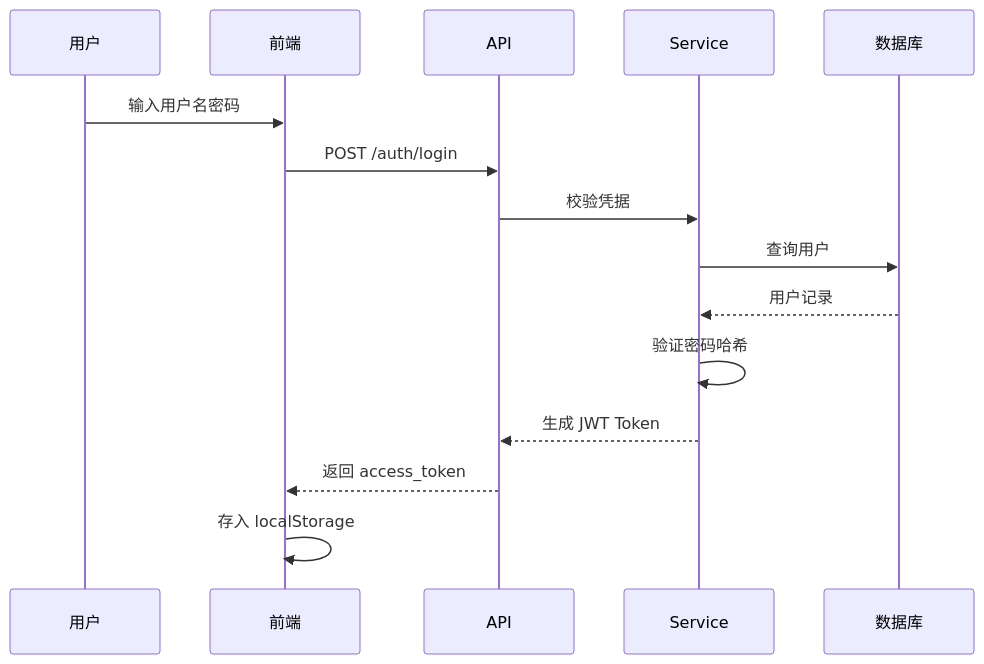
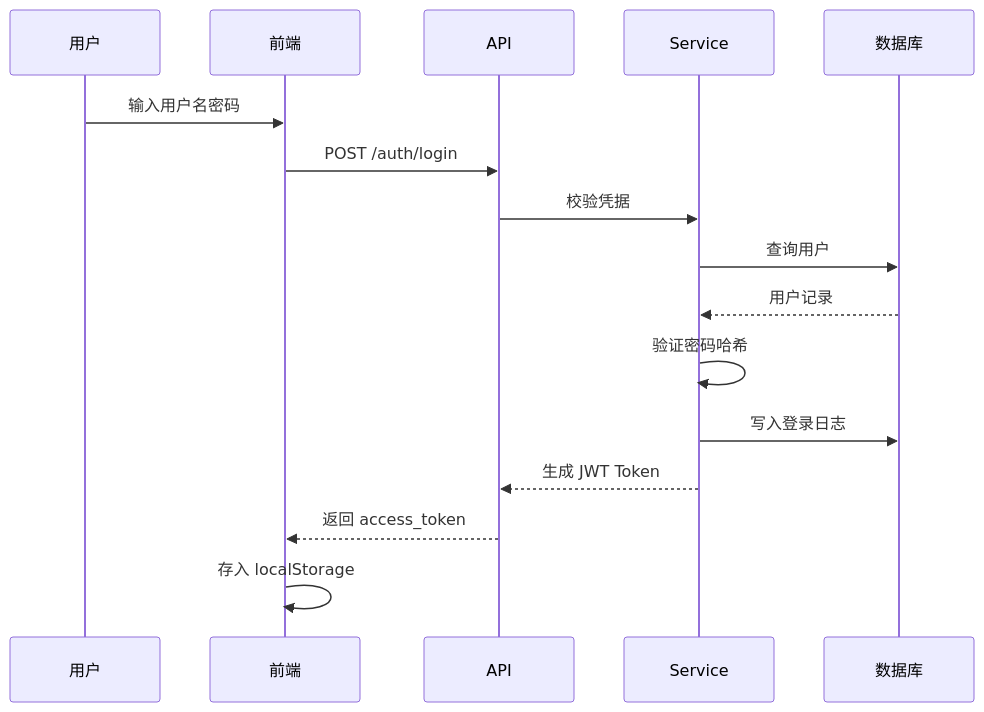
One commit to cross-lang/x-HanJiang changed the second of 3 diagrams in README.md. Above: the diagram before and after it, drawn with Mermaid. The commit also changed other lines of this file and 5 other files, not shown here.

````diff
--- a/README.md
+++ b/README.md
@@ -102,18 +106,19 @@
 ```mermaid
 sequenceDiagram
     participant U as 用户
     participant F as 前端
     participant A as API
     participant S as Service
     participant DB as 数据库
 
     U->>F: 输入用户名密码
     F->>A: POST /auth/login
     A->>S: 校验凭据
     S->>DB: 查询用户
     DB-->>S: 用户记录
     S->>S: 验证密码哈希
+    S->>DB: 写入登录日志
     S-->>A: 生成 JWT Token
     A-->>F: 返回 access_token
     F->>F: 存入 localStorage
 ```
````
